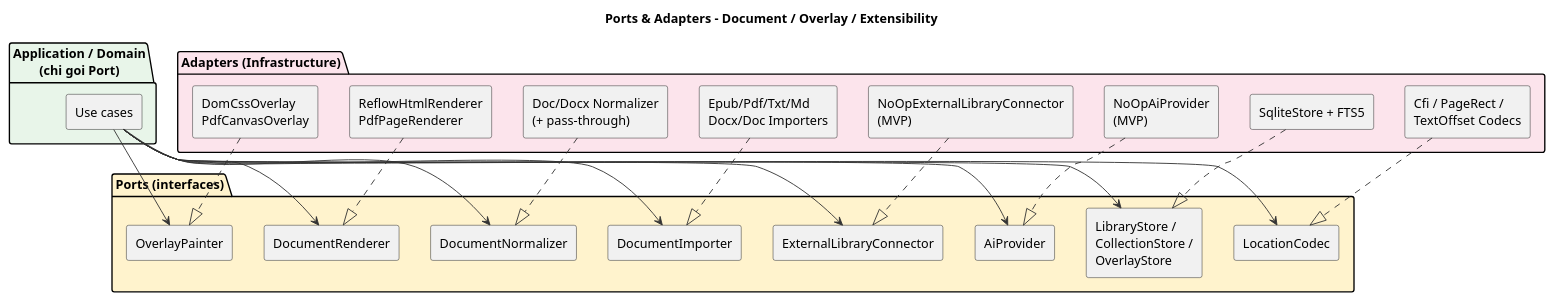
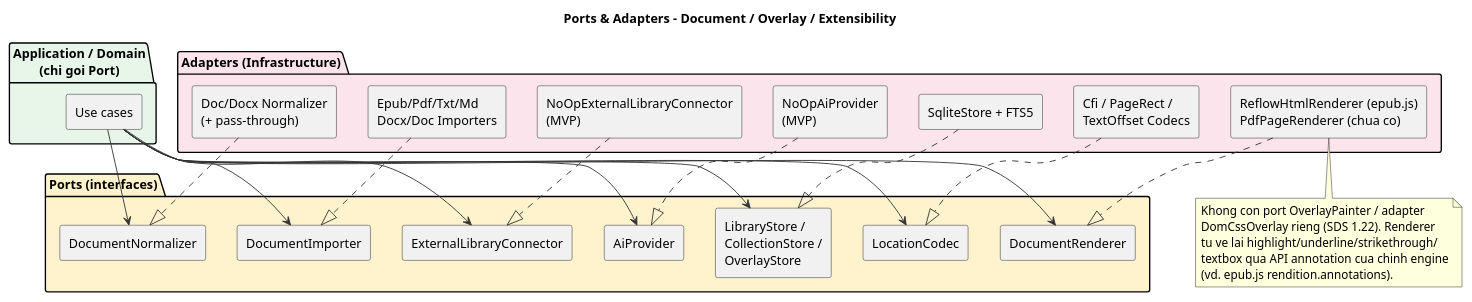
The diagram in docs/diagram/sds-ports-adapters/sds-ports-adapters.puml (LeThaiAn15112004/reading-book-app), drawn with PlantUML before and after one commit. The commit also changed 450 other files, not shown here.

```diff
--- a/docs/diagram/sds-ports-adapters/sds-ports-adapters.puml
+++ b/docs/diagram/sds-ports-adapters/sds-ports-adapters.puml
@@ -1,53 +1,57 @@
 @startuml sds-ports-adapters
 title Ports & Adapters - Document / Overlay / Extensibility
 skinparam shadowing false
 skinparam backgroundColor #FFFFFF
 skinparam defaultFontName Arial
 skinparam ArrowColor #333333
 skinparam componentStyle rectangle
 
 package "Application / Domain\n(chi goi Port)" as Core #E8F5E9 {
   component "Use cases" as UC
 }
 
 package "Ports (interfaces)" as Ports #FFF3CD {
   component "DocumentImporter" as P1
   component "DocumentNormalizer" as P2
   component "DocumentRenderer" as P3
-  component "OverlayPainter" as P4
   component "LocationCodec" as P5
   component "LibraryStore /\nCollectionStore /\nOverlayStore" as P6
   component "AiProvider" as P7
   component "ExternalLibraryConnector" as P8
 }
 
 package "Adapters (Infrastructure)" as Adapters #FCE4EC {
   component "Epub/Pdf/Txt/Md\nDocx/Doc Importers" as A1
   component "Doc/Docx Normalizer\n(+ pass-through)" as A2
-  component "ReflowHtmlRenderer\nPdfPageRenderer" as A3
-  component "DomCssOverlay\nPdfCanvasOverlay" as A4
+  component "ReflowHtmlRenderer (epub.js)\nPdfPageRenderer (chua co)" as A3
   component "Cfi / PageRect /\nTextOffset Codecs" as A5
   component "SqliteStore + FTS5" as A6
   component "NoOpAiProvider\n(MVP)" as A7
   component "NoOpExternalLibraryConnector\n(MVP)" as A8
 }
 
+note bottom of A3
+  Khong con port OverlayPainter / adapter
+  DomCssOverlay rieng (SDS 1.22). Renderer
+  tu ve lai highlight/underline/strikethrough/
+  textbox qua API annotation cua chinh engine
+  (vd. epub.js rendition.annotations).
+end note
+
 UC --> P1
 UC --> P2
 UC --> P3
-UC --> P4
 UC --> P5
 UC --> P6
 UC --> P7
 UC --> P8
 
 A1 ..|> P1
 A2 ..|> P2
 A3 ..|> P3
-A4 ..|> P4
 A5 ..|> P5
 A6 ..|> P6
 A7 ..|> P7
 A8 ..|> P8
 
 @enduml
```
